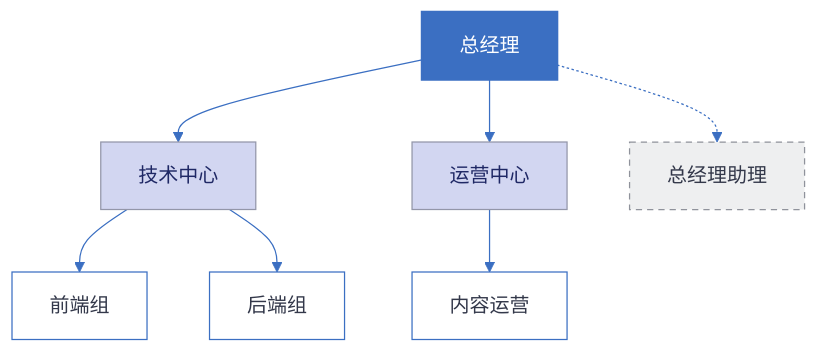
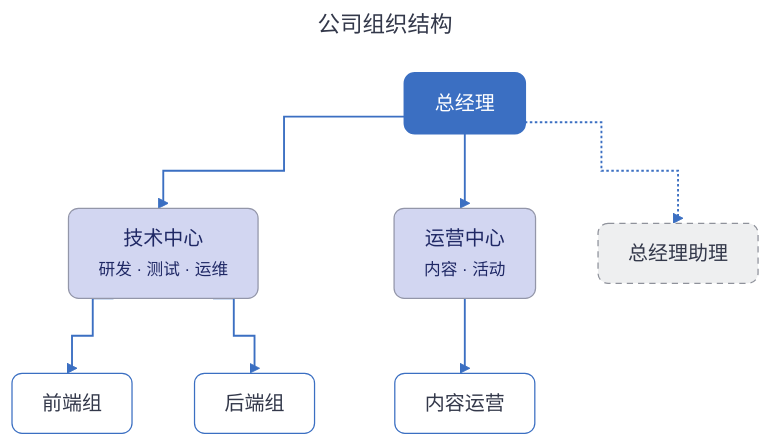
Before and after one commit to huang-hee/diagram-kit: the first of 45 diagrams in docs/画图指南.md, drawn with Mermaid. The commit also changed other lines of this file and 248 other files, not shown here.

First line of the commit message:
feat: 示例按统一风格重做，补齐 42 张 drawio 整图示例，默认工具改为 drawio

````diff
--- a/docs/画图指南.md
+++ b/docs/画图指南.md
@@ -184,36 +148,44 @@
 ```mermaid
 ---
+title: "公司组织结构"
 config:
   theme: base
   fontFamily: "PingFang SC, Microsoft YaHei, Noto Sans CJK SC, Source Han Sans SC, sans-serif"
+  flowchart:
+    curve: "step"
+    nodeSpacing: 50
+    rankSpacing: 60
+    padding: 12
+    wrappingWidth: 300
   themeVariables:
     background: "#FFFFFF"
     primaryColor: "#FFFFFF"
     primaryBorderColor: "#3B6FC2"
     primaryTextColor: "#33384A"
     nodeTextColor: "#33384A"
     secondaryColor: "#FBDBD1"
     tertiaryColor: "#EBF1F9"
     lineColor: "#3B6FC2"
     textColor: "#33384A"
     clusterBkg: "#EBF1F9"
     clusterBorder: "#3B6FC2"
     edgeLabelBackground: "#FFFFFF"
     titleColor: "#33384A"
     noteBkgColor: "#FFF6CE"
     noteBorderColor: "#A6A086"
     noteTextColor: "#33384A"
 ---
 flowchart TB
-  CEO[总经理]:::top --> CTO[技术中心]:::l2
-  CEO --> COO[运营中心]:::l2
+  CEO[总经理]:::top --> CTO["技术中心<br><small>研发 · 测试 · 运维</small>"]:::l2
+  CEO --> COO["运营中心<br><small>内容 · 活动</small>"]:::l2
   CEO -.-> AS[总经理助理]:::aux
   CTO --> FE[前端组]:::l3
   CTO --> BE[后端组]:::l3
   COO --> OP[内容运营]:::l3
-classDef top fill:#3B6FC2,stroke:#3B6FC2,color:#FFFFFF,stroke-width:2px
-classDef l2 fill:#D2D6F1,stroke:#9396A9,color:#1F2865
-classDef l3 fill:#FFFFFF,stroke:#3B6FC2,color:#33384A
-classDef aux fill:#EEEFF0,stroke:#8F929B,color:#33384A,stroke-dasharray:5 4
+classDef top fill:#3B6FC2,stroke:#3B6FC2,color:#FFFFFF,stroke-width:2px,rx:8,ry:8
+classDef l2 fill:#D2D6F1,stroke:#9396A9,color:#1F2865,rx:8,ry:8
+classDef l3 fill:#FFFFFF,stroke:#3B6FC2,color:#33384A,rx:8,ry:8
+classDef aux fill:#EEEFF0,stroke:#8F929B,color:#33384A,stroke-dasharray:5 4,rx:8,ry:8
 %% 用法：节点 A:::top 或 class A,B top
+linkStyle default stroke-width:1.5px
 ```
````
